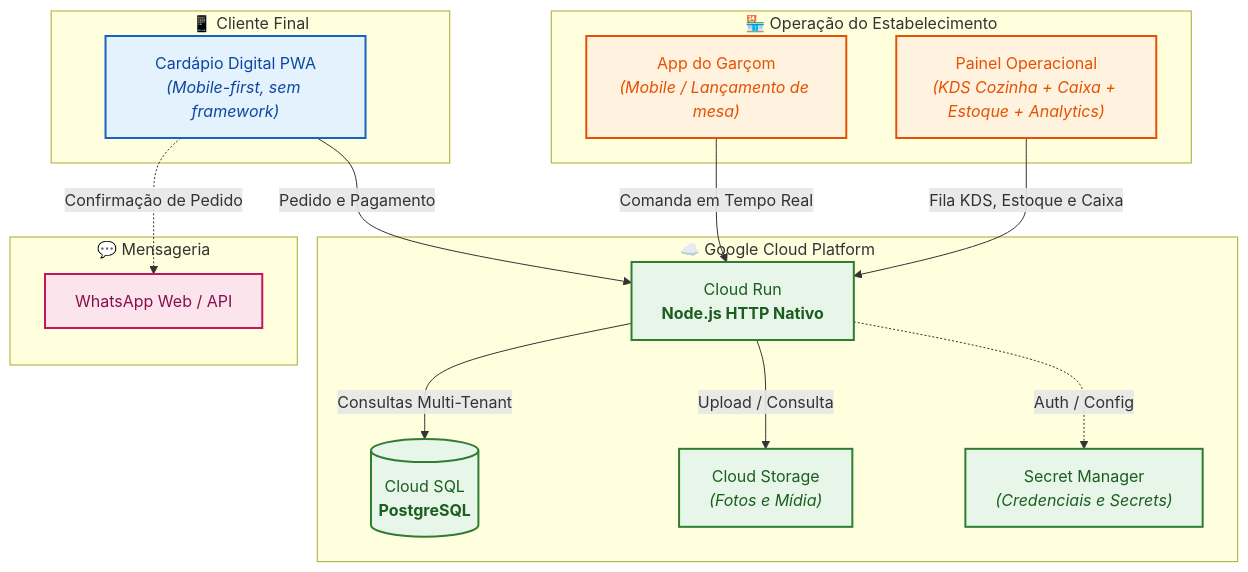
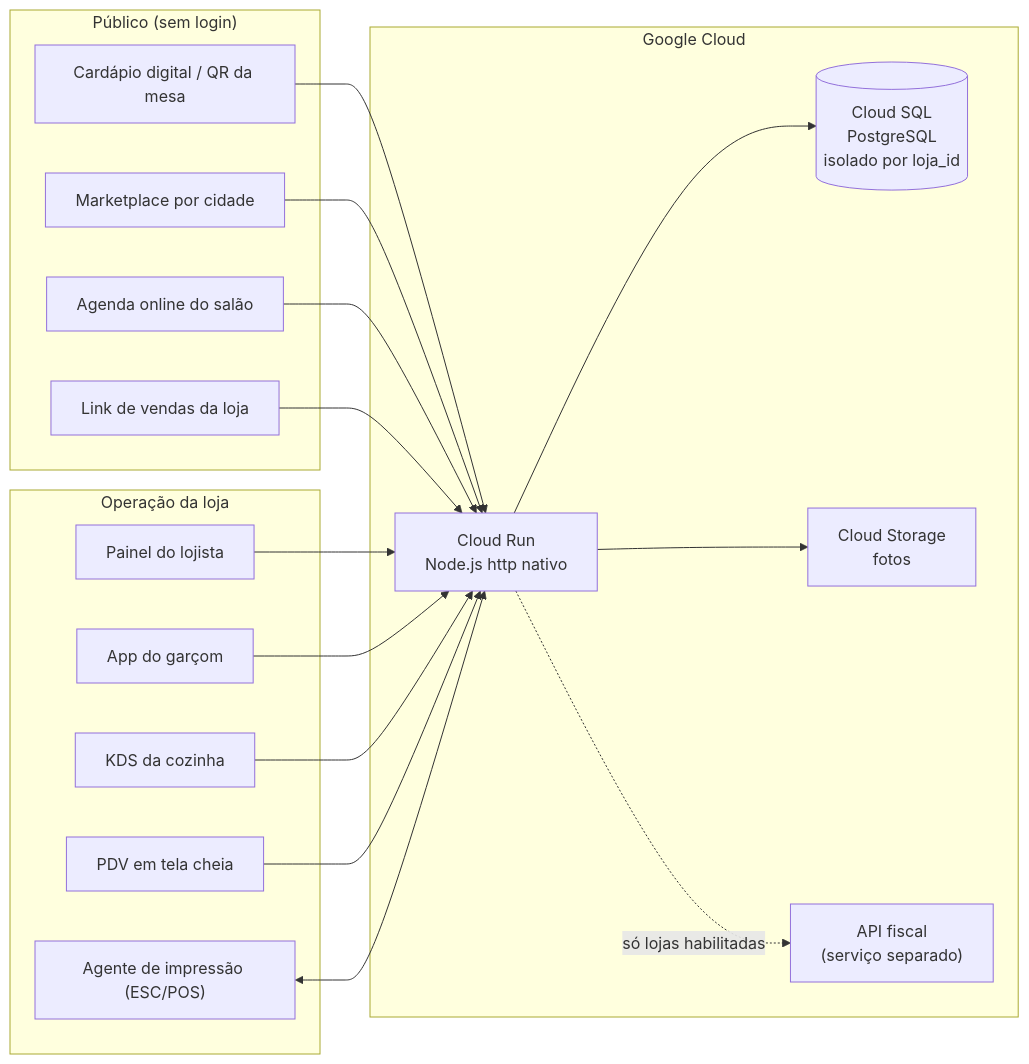
Before and after one commit to idarlandias/barflow-cloud-showcase: the diagram in README.md, drawn with Mermaid. The commit also changed other lines of this file and 6 other files, not shown here.

First line of the commit message:
docs: atualiza vitrine com BarFlow, BeautyFlow e FlowPDV

````diff
--- a/README.md
+++ b/README.md
@@ -128,35 +34,28 @@
 ```mermaid
-flowchart TD
-    classDef client fill:#e3f2fd,stroke:#1565c0,stroke-width:2px,color:#0d47a1;
-    classDef store fill:#fff3e0,stroke:#e65100,stroke-width:2px,color:#e65100;
-    classDef gcp fill:#e8f5e9,stroke:#2e7d32,stroke-width:2px,color:#1b5e20;
-    classDef external fill:#fce4ec,stroke:#c2185b,stroke-width:2px,color:#880e4f;
-
-    subgraph Cliente["📱 Cliente Final"]
-        A["Cardápio Digital PWA<br/><i>(Mobile-first, sem framework)</i>"]:::client
+flowchart LR
+    subgraph Publico["Público (sem login)"]
+        A["Cardápio digital / QR da mesa"]
+        B["Marketplace por cidade"]
+        C["Agenda online do salão"]
+        D["Link de vendas da loja"]
     end
-
-    subgraph Loja["🏪 Operação do Estabelecimento"]
-        B["App do Garçom<br/><i>(Mobile / Lançamento de mesa)</i>"]:::store
-        C["Painel Operacional<br/><i>(KDS Cozinha + Caixa + Estoque + Analytics)</i>"]:::store
+    subgraph Operacao["Operação da loja"]
+        E["Painel do lojista"]
+        F["App do garçom"]
+        G["KDS da cozinha"]
+        H["PDV em tela cheia"]
+        I["Agente de impressão (ESC/POS)"]
     end
-
-    subgraph Cloud["☁️ Google Cloud Platform"]
-        D["Cloud Run<br/><b>Node.js HTTP Nativo</b>"]:::gcp
-        E[("Cloud SQL<br/><b>PostgreSQL</b>")]:::gcp
-        F["Cloud Storage<br/><i>(Fotos e Mídia)</i>"]:::gcp
-        G["Secret Manager<br/><i>(Credenciais e Secrets)</i>"]:::gcp
+    subgraph Nuvem["Google Cloud"]
+        S["Cloud Run<br/>Node.js http nativo"]
+        DB[("Cloud SQL<br/>PostgreSQL<br/>isolado por loja_id")]
+        ST["Cloud Storage<br/>fotos"]
+        FX["API fiscal<br/>(serviço separado)"]
     end
-
-    subgraph Externo["💬 Mensageria"]
-        H["WhatsApp Web / API"]:::external
-    end
-
-    A -->|Pedido e Pagamento| D
-    B -->|Comanda em Tempo Real| D
-    C -->|Fila KDS, Estoque e Caixa| D
-    D -->|Consultas Multi-Tenant| E
-    D -->|Upload / Consulta| F
-    D -.->|Auth / Config| G
-    A -.->|Confirmação de Pedido| H
+    A & B & C & D --> S
+    E & F & G & H --> S
+    I <--> S
+    S --> DB
+    S --> ST
+    S -. "só lojas habilitadas" .-> FX
 ```
````
